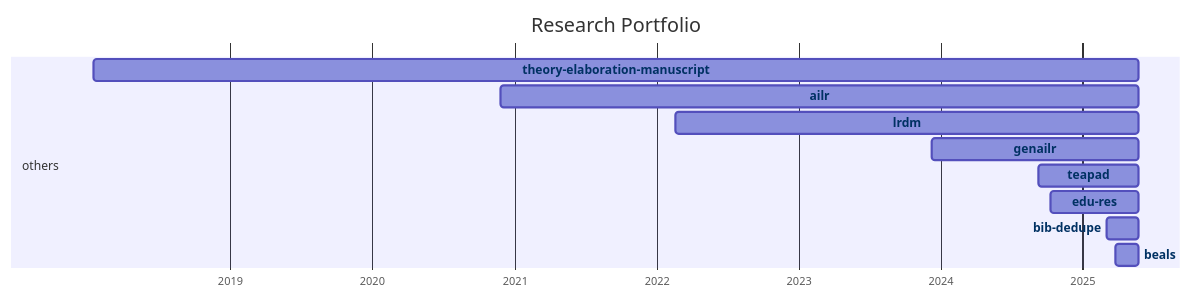
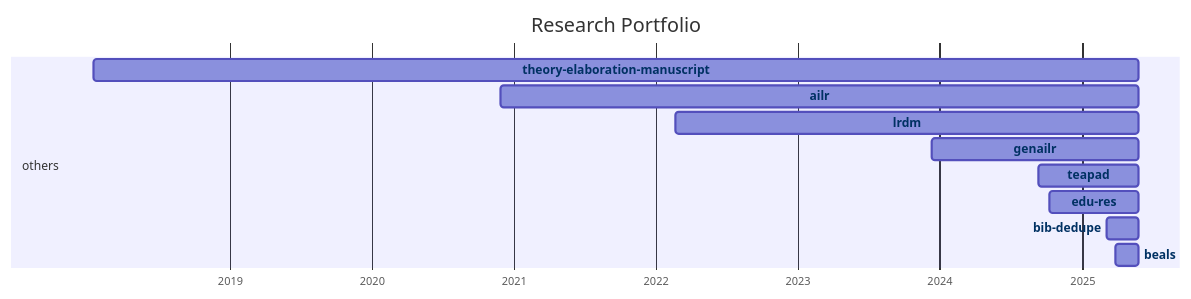
One commit to digital-work-lab/handbook changed the diagram in docs/20-research/25-projects-gantt.md. Above: the diagram before and after it, drawn with Mermaid.

Commit message:
Update repository overview

````diff
--- a/docs/20-research/25-projects-gantt.md
+++ b/docs/20-research/25-projects-gantt.md
@@ -8,35 +8,35 @@
 ```mermaid
 ---
 displayMode: compact
 ---
 gantt
 title Research Portfolio
 dateFormat YYYY-MM-DD
 axisFormat %Y
 
     section work_practices
 
     section distributed_organizing
 
     section knowledge_synthesis
 
     section others
-        beals :beals, 2025-03-28, 2025-05-25
-        bib-dedupe :bib-dedupe, 2025-03-04, 2025-05-25
-        edu-res :edu-res, 2024-10-10, 2025-05-25
-        teapad :teapad, 2024-09-10, 2025-05-25
-        genailr :genailr, 2023-12-10, 2025-05-25
-        lrdm :lrdm, 2022-02-20, 2025-05-25
-        ailr :ailr, 2020-11-26, 2025-05-25
-        theory-elaboration-manuscript :theory-elaboration-manuscript, 2018-01-15, 2025-05-25
+        beals :beals, 2025-03-28, 2025-05-26
+        bib-dedupe :bib-dedupe, 2025-03-04, 2025-05-26
+        edu-res :edu-res, 2024-10-10, 2025-05-26
+        teapad :teapad, 2024-09-10, 2025-05-26
+        genailr :genailr, 2023-12-10, 2025-05-26
+        lrdm :lrdm, 2022-02-20, 2025-05-26
+        ailr :ailr, 2020-11-26, 2025-05-26
+        theory-elaboration-manuscript :theory-elaboration-manuscript, 2018-01-15, 2025-05-26
 
 
     click beals href "{{ site.baseurl }}/docs/20-research/25-projects/_repos/beals"
     click bib-dedupe href "{{ site.baseurl }}/docs/20-research/25-projects/_repos/bib-dedupe"
     click edu-res href "{{ site.baseurl }}/docs/20-research/25-projects/_repos/edu-res"
     click teapad href "{{ site.baseurl }}/docs/20-research/25-projects/_repos/teapad"
     click genailr href "{{ site.baseurl }}/docs/20-research/25-projects/_repos/genailr"
     click lrdm href "{{ site.baseurl }}/docs/20-research/25-projects/_repos/lrdm"
     click ailr href "{{ site.baseurl }}/docs/20-research/25-projects/_repos/ailr"
     click theory-elaboration-manuscript href "{{ site.baseurl }}/docs/20-research/25-projects/_repos/theory-elaboration-manuscript"
 ```
````
